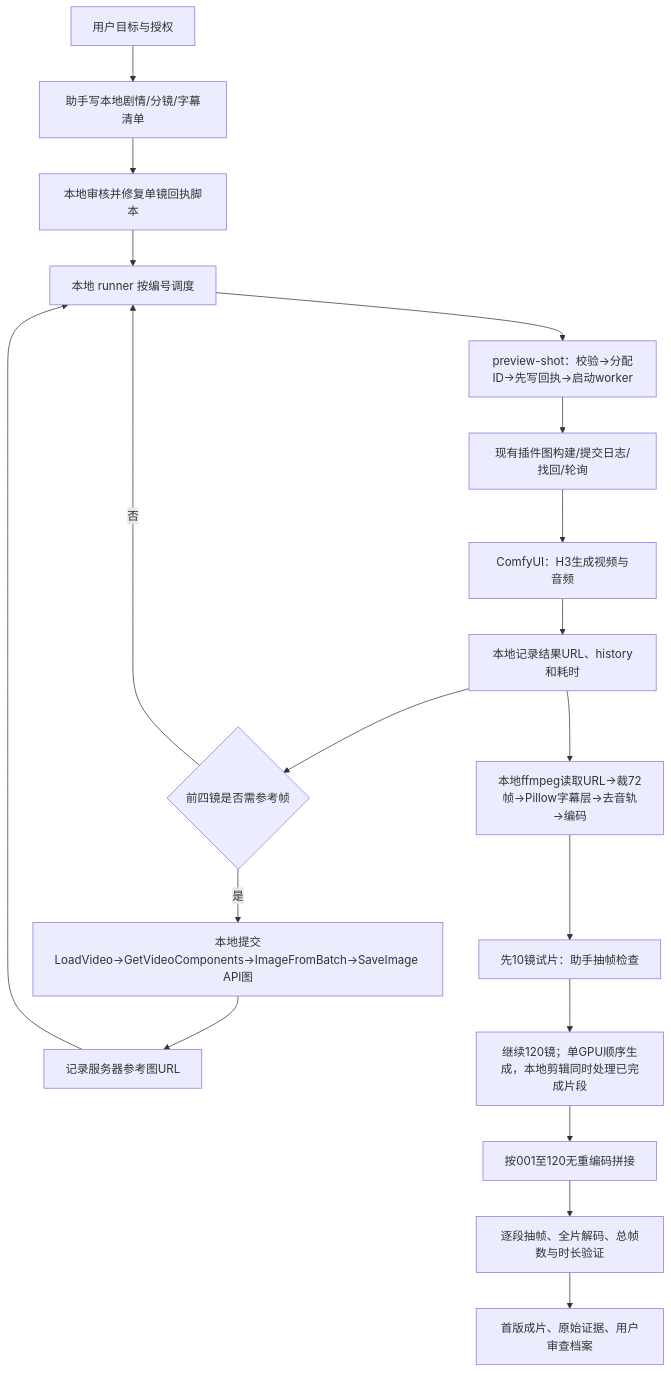
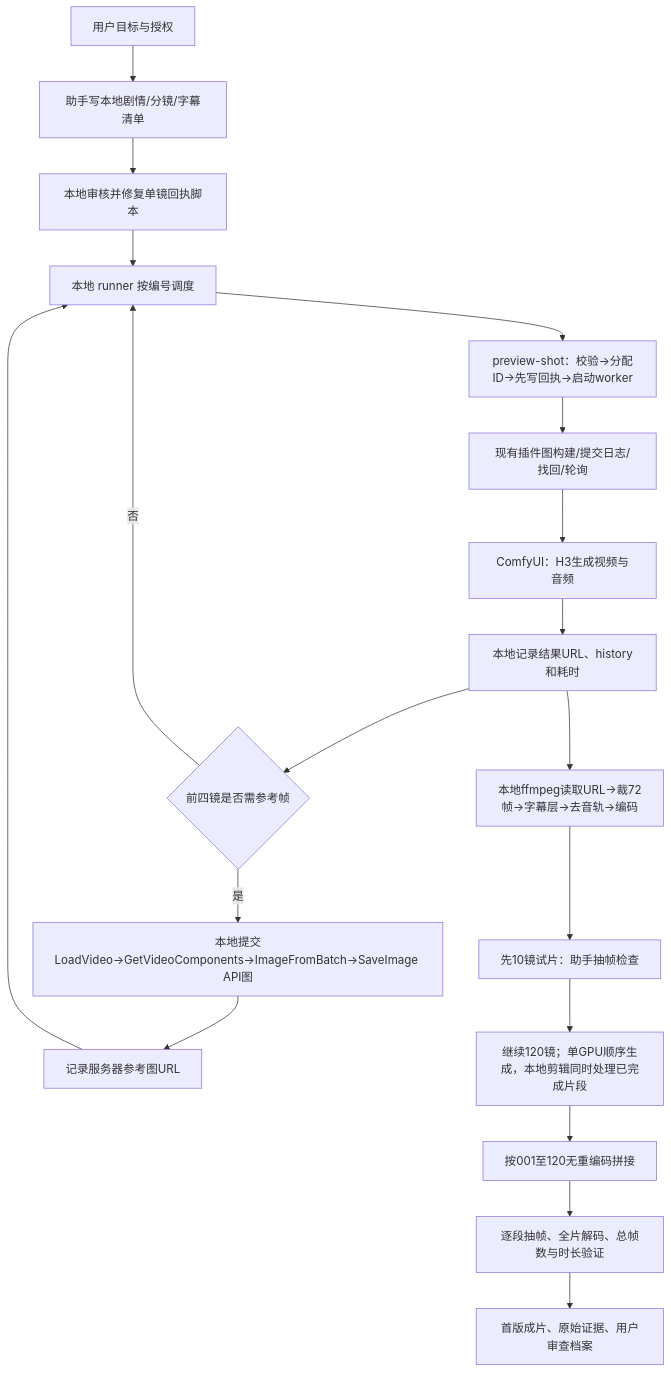
Before and after one commit to senbenyi/meiji-harness: the diagram in docs/products/产品001-第三杯咖啡首版审查档案.md, drawn with Mermaid. The commit also changed other lines of this file and 55 other files, not shown here.

````diff
--- a/docs/products/产品001-第三杯咖啡首版审查档案.md
+++ b/docs/products/产品001-第三杯咖啡首版审查档案.md
@@ -71,21 +71,21 @@
 ```mermaid
 flowchart TD
  A[用户目标与授权] --> B[助手写本地剧情/分镜/字幕清单]
  B --> C[本地审核并修复单镜回执脚本]
  C --> D[本地 runner 按编号调度]
  D --> E[preview-shot：校验→分配ID→先写回执→启动worker]
  E --> F[现有插件图构建/提交日志/找回/轮询]
  F --> G[ComfyUI：H3生成视频与音频]
  G --> H[本地记录结果URL、history和耗时]
  H --> I{前四镜是否需参考帧}
  I -->|是| J[本地提交LoadVideo→GetVideoComponents→ImageFromBatch→SaveImage API图]
  J --> K[记录服务器参考图URL]
  K --> D
  I -->|否| D
- H --> L[本地ffmpeg读取URL→裁72帧→Pillow字幕层→去音轨→编码]
+ H --> L[本地ffmpeg读取URL→裁72帧→字幕层→去音轨→编码]
  L --> M[先10镜试片：助手抽帧检查]
  M --> N[继续120镜；单GPU顺序生成，本地剪辑同时处理已完成片段]
  N --> O[按001至120无重编码拼接]
  O --> P[逐段抽帧、全片解码、总帧数与时长验证]
  P --> Q[首版成片、原始证据、用户审查档案]
 ```
````
